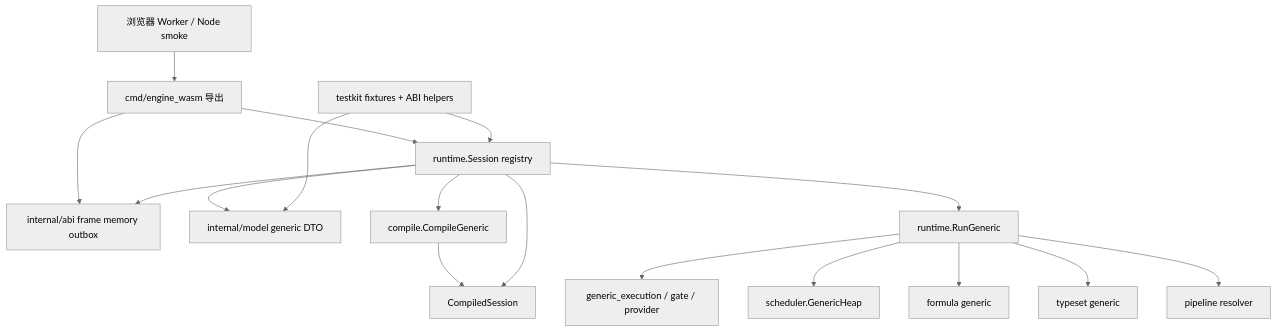
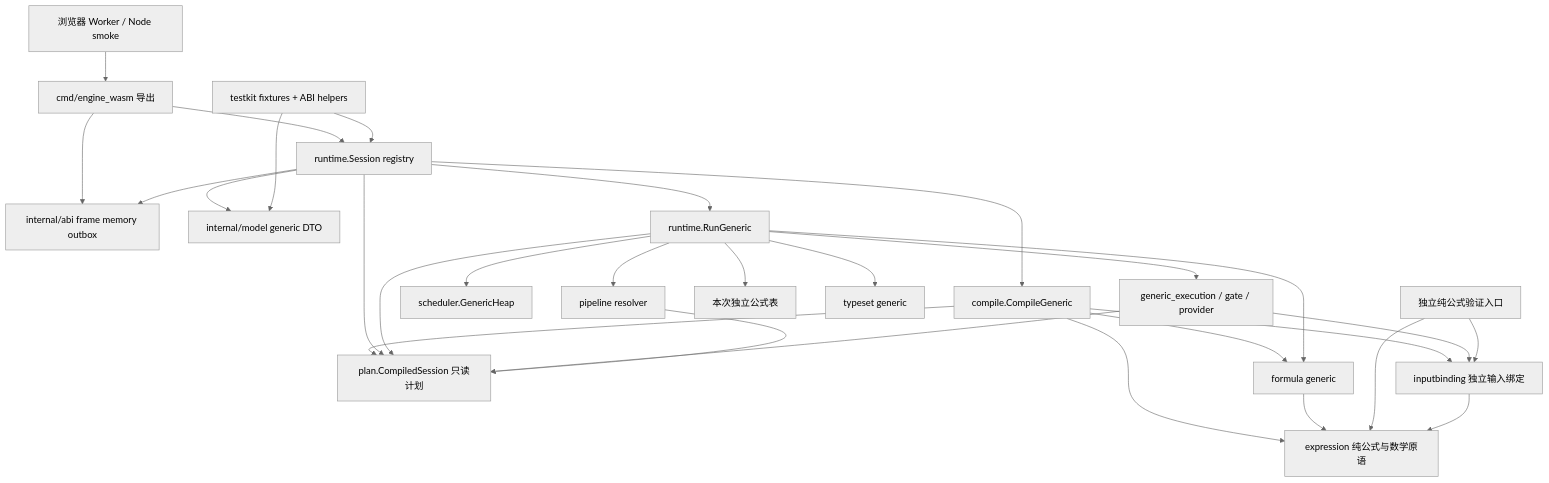
The first of 4 diagrams in wasm/tinygo_engine_v2/ARCHITECTURE.md (JeanbartBiubiu/damage_viewer_project_planning), drawn with Mermaid (neutral theme) before and after one commit. The commit also changed other lines of this file and 136 other files, not shown here.

````diff
--- a/wasm/tinygo_engine_v2/ARCHITECTURE.md
+++ b/wasm/tinygo_engine_v2/ARCHITECTURE.md
@@ -7,34 +7,50 @@
 ```mermaid
 graph TD
     Host["浏览器 Worker / Node smoke"]
     Exports["cmd/engine_wasm 导出"]
     ABI["internal/abi frame memory outbox"]
     Session["runtime.Session registry"]
     Model["internal/model generic DTO"]
     Compile["compile.CompileGeneric"]
-    Compiled["CompiledSession"]
+    Compiled["plan.CompiledSession 只读计划"]
     Run["runtime.RunGeneric"]
     Exec["generic_execution / gate / provider"]
     Scheduler["scheduler.GenericHeap"]
     Formula["formula generic"]
+    Pure["expression 纯公式与数学原语"]
+    Binding["inputbinding 独立输入绑定"]
+    Probe["独立纯公式验证入口"]
+    RunFormulas["本次独立公式表"]
     Typeset["typeset generic"]
     Pipeline["pipeline resolver"]
     Testkit["testkit fixtures + ABI helpers"]
 
     Host --> Exports
     Exports --> ABI
     Exports --> Session
     Session --> ABI
     Session --> Model
     Session --> Compile
     Compile --> Compiled
+    Compile --> Formula
+    Compile --> Pure
+    Compile --> Binding
     Session --> Compiled
     Session --> Run
     Run --> Exec
     Run --> Scheduler
     Run --> Formula
     Run --> Typeset
     Run --> Pipeline
+    Run --> Compiled
+    Exec --> Compiled
+    Exec --> Binding
+    Pipeline --> Compiled
+    Run --> RunFormulas
+    Formula --> Pure
+    Probe --> Pure
+    Probe --> Binding
+    Binding --> Pure
     Testkit --> Session
     Testkit --> Model
 ```
````
